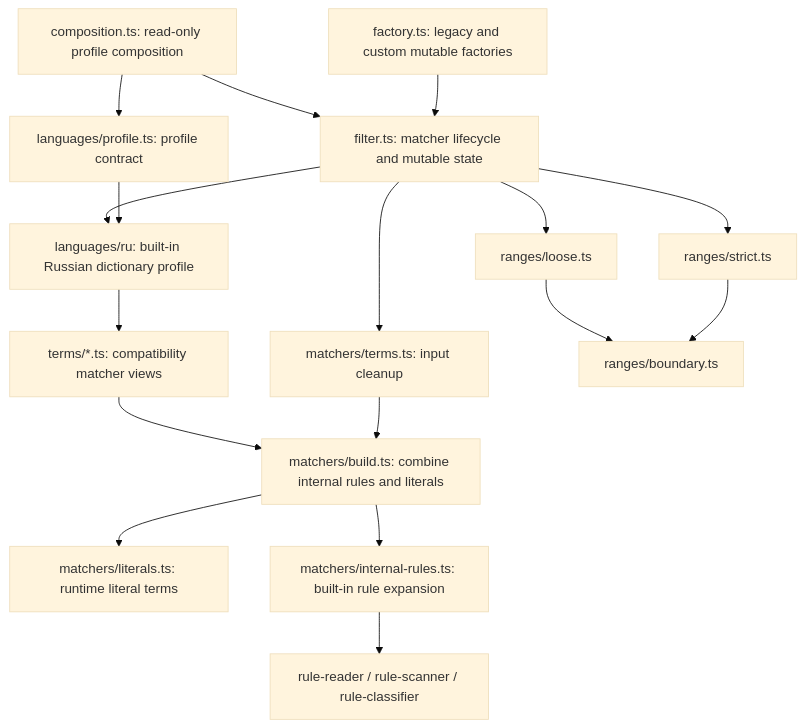
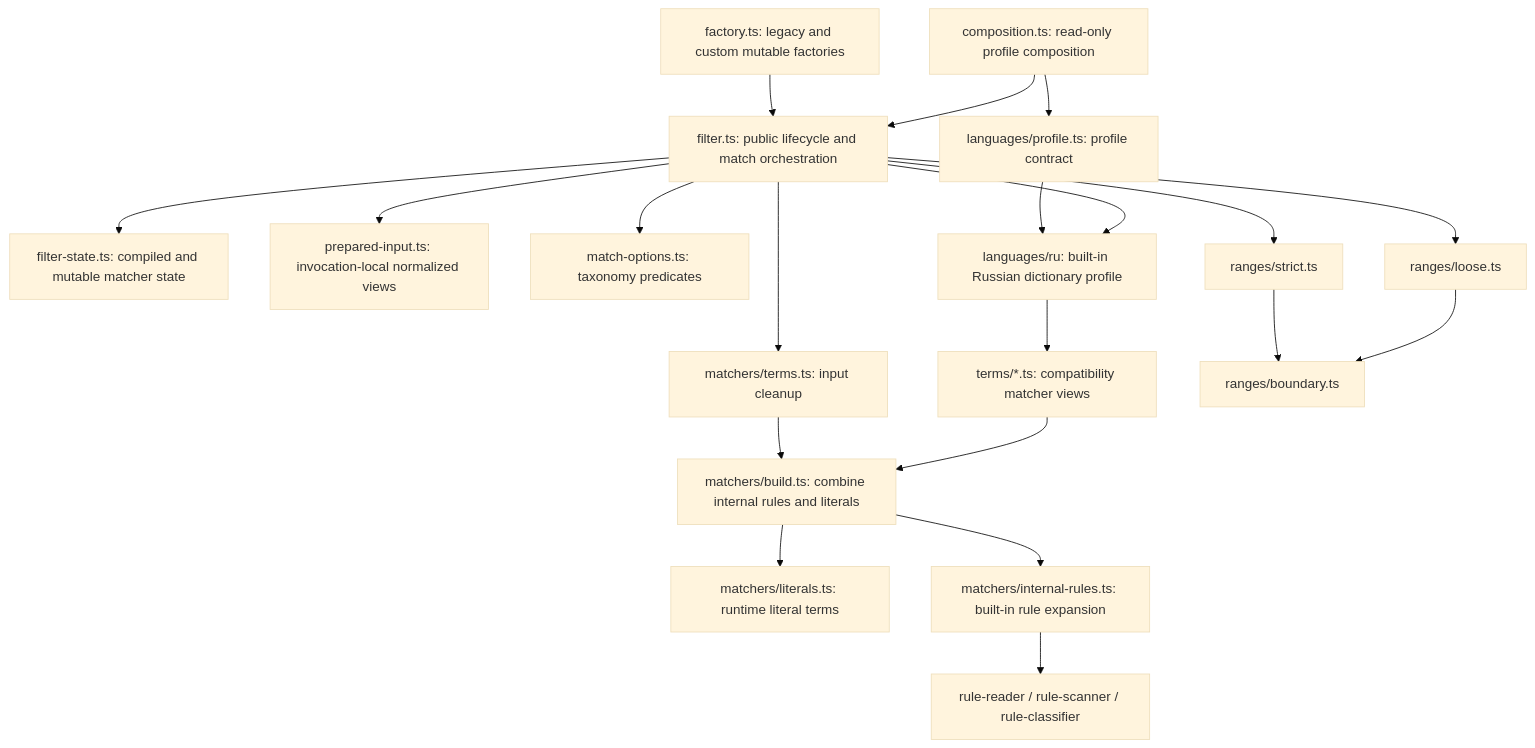
The fourth of 4 diagrams in packages/profanity/docs/architecture.md (textfilters/textfilters), drawn with Mermaid (base theme) before and after one commit. The commit also changed other lines of this file and 6 other files, not shown here.

Commit message:
refactor(profanity): decompose filter lifecycle

````diff
--- a/packages/profanity/docs/architecture.md
+++ b/packages/profanity/docs/architecture.md
@@ -200,19 +200,22 @@
 ```mermaid
 flowchart TD
-  Factory["factory.ts: legacy and custom mutable factories"] --> API["filter.ts: matcher lifecycle and mutable state"]
+  Factory["factory.ts: legacy and custom mutable factories"] --> API["filter.ts: public lifecycle and match orchestration"]
+  API --> State["filter-state.ts: compiled and mutable matcher state"]
+  API --> Prepared["prepared-input.ts: invocation-local normalized views"]
+  API --> Options["match-options.ts: taxonomy predicates"]
   Composer["composition.ts: read-only profile composition"] --> Profiles["languages/profile.ts: profile contract"]
   Composer --> API
   Profiles --> Languages
   API --> Terms["matchers/terms.ts: input cleanup"]
   API --> Languages["languages/ru: built-in Russian dictionary profile"]
   Languages --> TermsLoaders["terms/*.ts: compatibility matcher views"]
   Terms --> Build["matchers/build.ts: combine internal rules and literals"]
   TermsLoaders --> Build
   Build --> Literal["matchers/literals.ts: runtime literal terms"]
   Build --> Internal["matchers/internal-rules.ts: built-in rule expansion"]
   Internal --> RuleHelpers["rule-reader / rule-scanner / rule-classifier"]
   API --> StrictRanges["ranges/strict.ts"]
   API --> LooseRanges["ranges/loose.ts"]
   StrictRanges --> Boundary["ranges/boundary.ts"]
   LooseRanges --> Boundary
 ```
````
